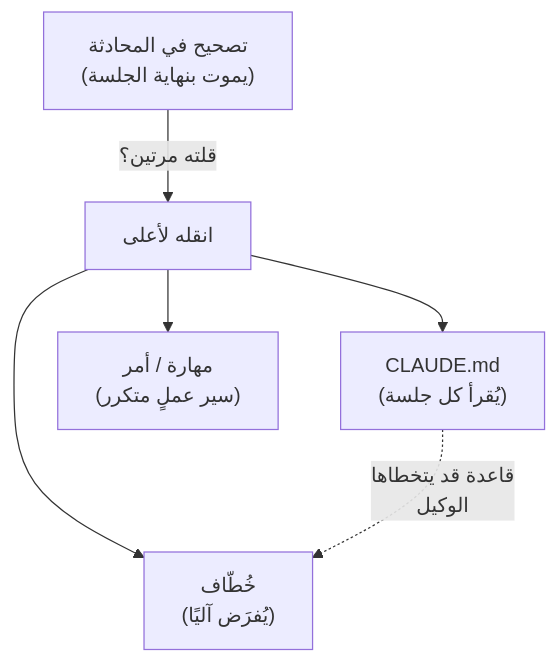
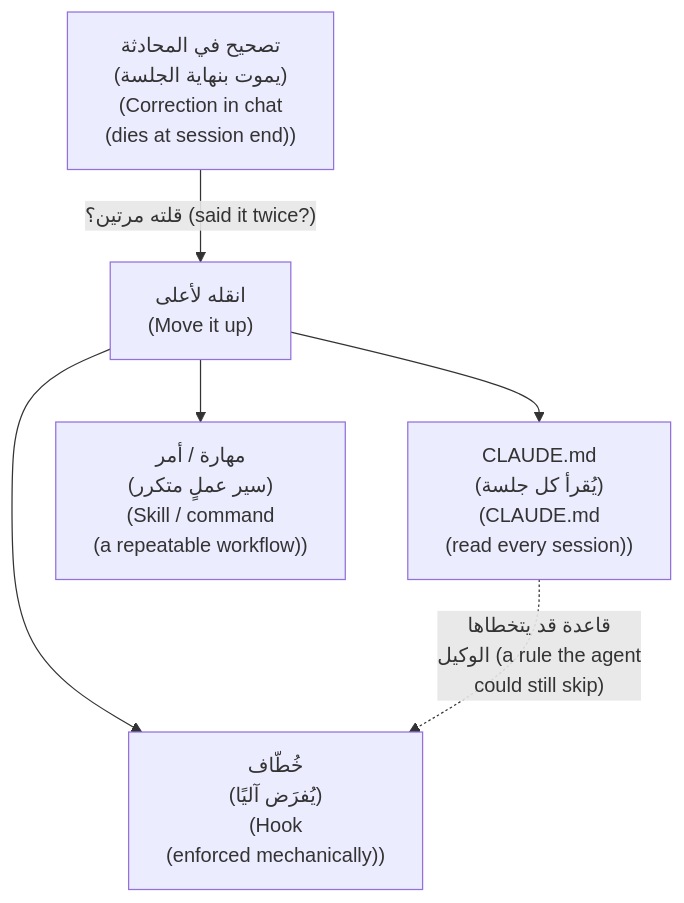
The fifth of 8 diagrams in modules/09-directing-ai-team/module.ar.md (Tamoura/system-design-for-vibe-coders), drawn with Mermaid before and after one commit. The commit also changed other lines of this file and 62 other files, not shown here.

First line of the commit message:
Arabic editions: English on every diagram label, RTL fixes, rebuild

````diff
--- a/modules/09-directing-ai-team/module.ar.md
+++ b/modules/09-directing-ai-team/module.ar.md
@@ -415,8 +415,8 @@
 ```mermaid
 flowchart TD
-    C["تصحيح في المحادثة<br/>(يموت بنهاية الجلسة)"] -->|"قلته مرتين؟"| U["انقله لأعلى"]
-    U --> M["CLAUDE.md<br/>(يُقرأ كل جلسة)"]
-    U --> H["خُطّاف<br/>(يُفرَض آليًا)"]
-    U --> S["مهارة / أمر<br/>(سير عملٍ متكرر)"]
-    M -.->|"قاعدة قد يتخطاها<br/>الوكيل"| H
+    C["تصحيح في المحادثة<br/>(يموت بنهاية الجلسة)<br/>(Correction in chat<br/>(dies at session end))"] -->|"قلته مرتين؟ (said it twice?)"| U["انقله لأعلى<br/>(Move it up)"]
+    U --> M["CLAUDE.md<br/>(يُقرأ كل جلسة)<br/>(CLAUDE.md<br/>(read every session))"]
+    U --> H["خُطّاف<br/>(يُفرَض آليًا)<br/>(Hook<br/>(enforced mechanically))"]
+    U --> S["مهارة / أمر<br/>(سير عملٍ متكرر)<br/>(Skill / command<br/>(a repeatable workflow))"]
+    M -.->|"قاعدة قد يتخطاها<br/>الوكيل (a rule the agent<br/>could still skip)"| H
 ```
````
